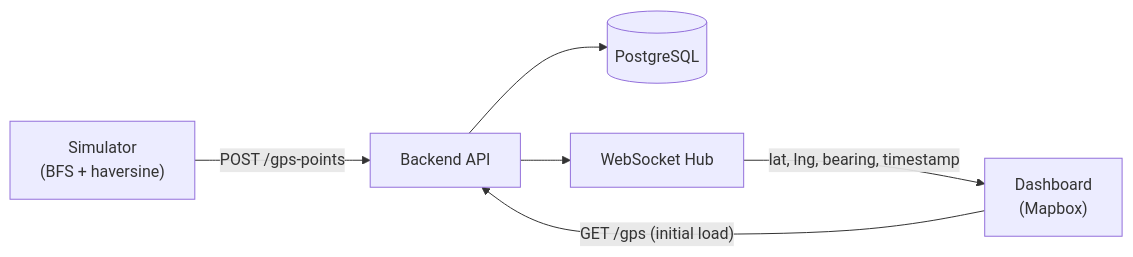
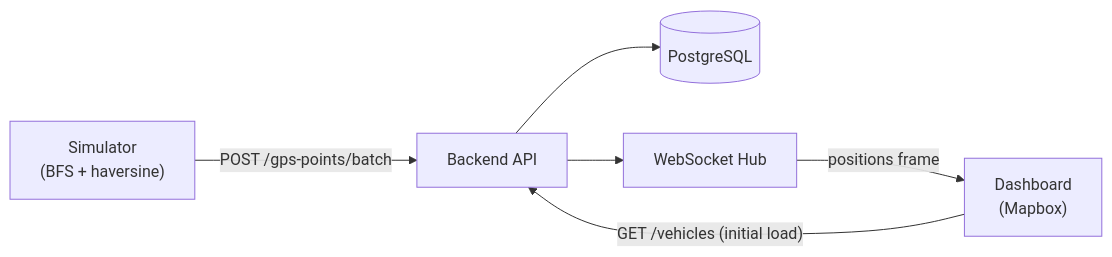
Before and after one commit to ize-302/beacon: the diagram in README.md, drawn with Mermaid. The commit also changed other lines of this file and 50 other files, not shown here.

````diff
--- a/README.md
+++ b/README.md
@@ -9,14 +9,14 @@
 ```mermaid
 flowchart LR
     Sim["Simulator\n(BFS + haversine)"]
     API["Backend API"]
     DB[("PostgreSQL")]
     WS["WebSocket Hub"]
     Dash["Dashboard\n(Mapbox)"]
 
-    Sim -->|"POST /gps-points"| API
+    Sim -->|"POST /gps-points/batch"| API
     API --> DB
     API --> WS
-    WS -->|"lat, lng, bearing, timestamp"| Dash
-    Dash -->|"GET /gps (initial load)"| API
+    WS -->|"positions frame"| Dash
+    Dash -->|"GET /vehicles (initial load)"| API
 ```
````
